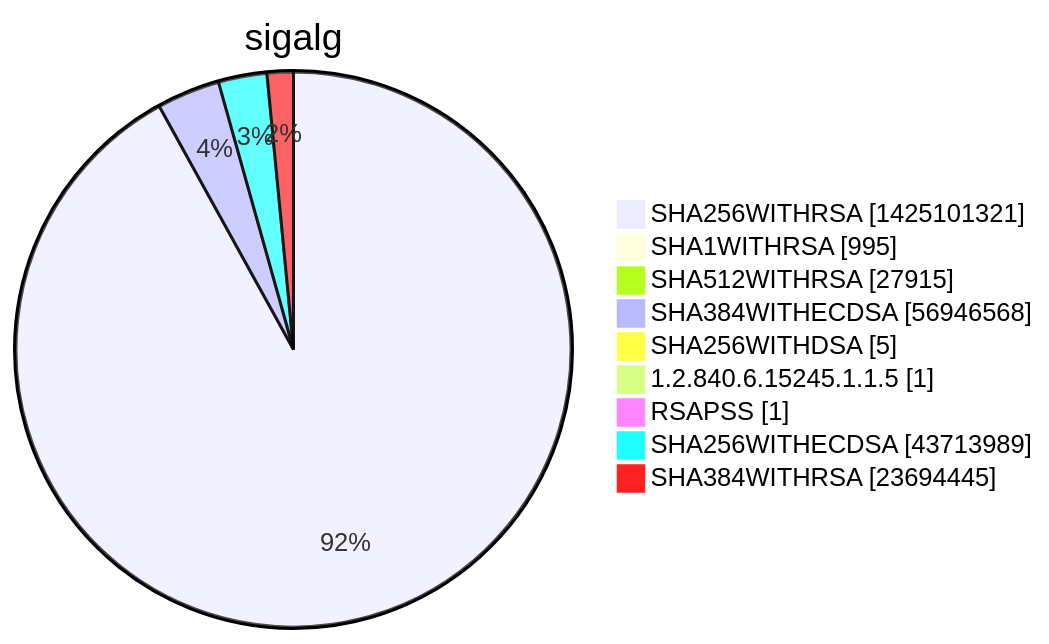
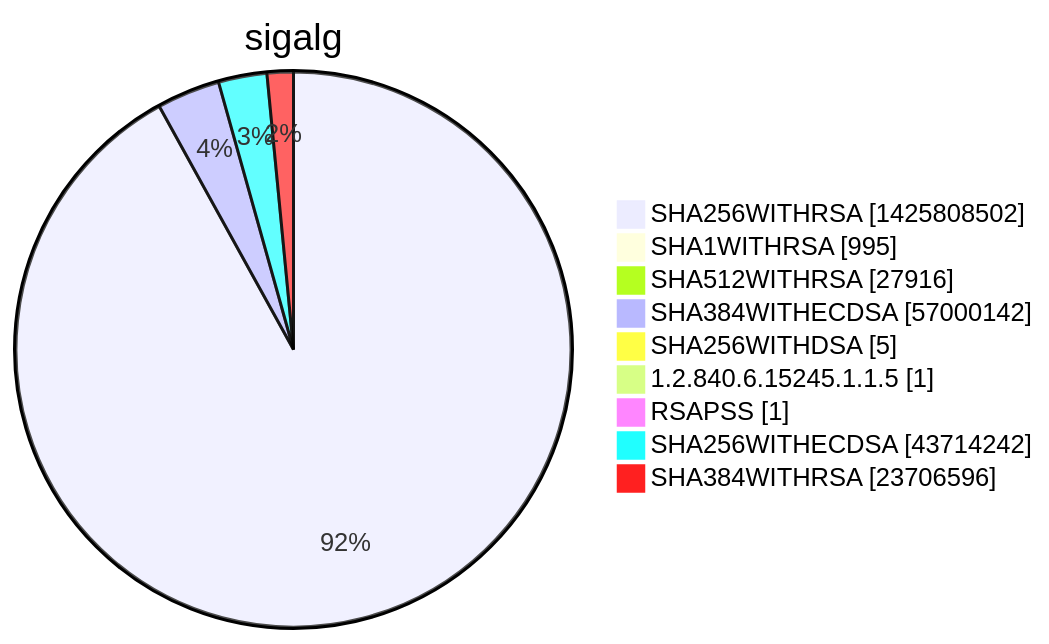
Before and after one commit to christiankrug/ctmonitor_visualization: diagram 15 of 15 in xenon2022/README.md, drawn with Mermaid. The commit also changed other lines of this file, not shown here.

````diff
--- a/xenon2022/README.md
+++ b/xenon2022/README.md
@@ -5860,13 +5860,13 @@
 ```mermaid
 pie showData
 title sigalg
-"SHA256WITHRSA" :1425101321
+"SHA256WITHRSA" :1425808502
 "SHA1WITHRSA" :995
-"SHA512WITHRSA" :27915
-"SHA384WITHECDSA" :56946568
+"SHA512WITHRSA" :27916
+"SHA384WITHECDSA" :57000142
 "SHA256WITHDSA" :5
 "1.2.840.6.15245.1.1.5" :1
 "RSAPSS" :1
-"SHA256WITHECDSA" :43713989
-"SHA384WITHRSA" :23694445
+"SHA256WITHECDSA" :43714242
+"SHA384WITHRSA" :23706596
 ```
````
